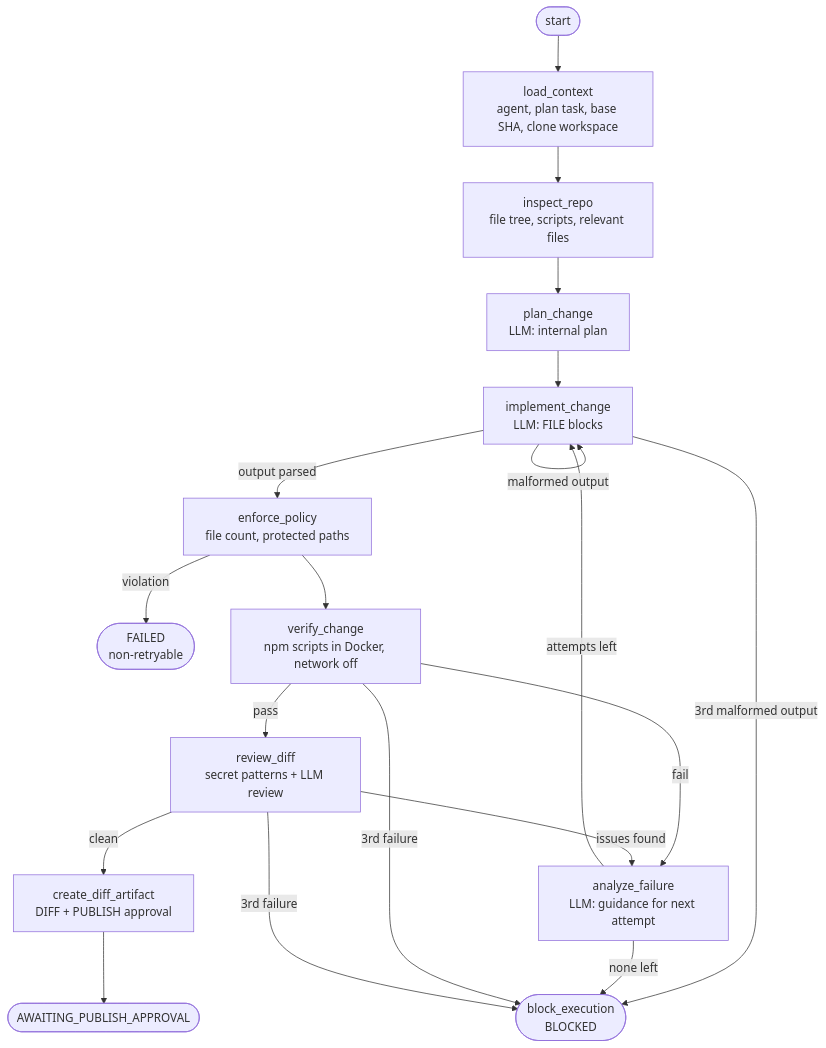
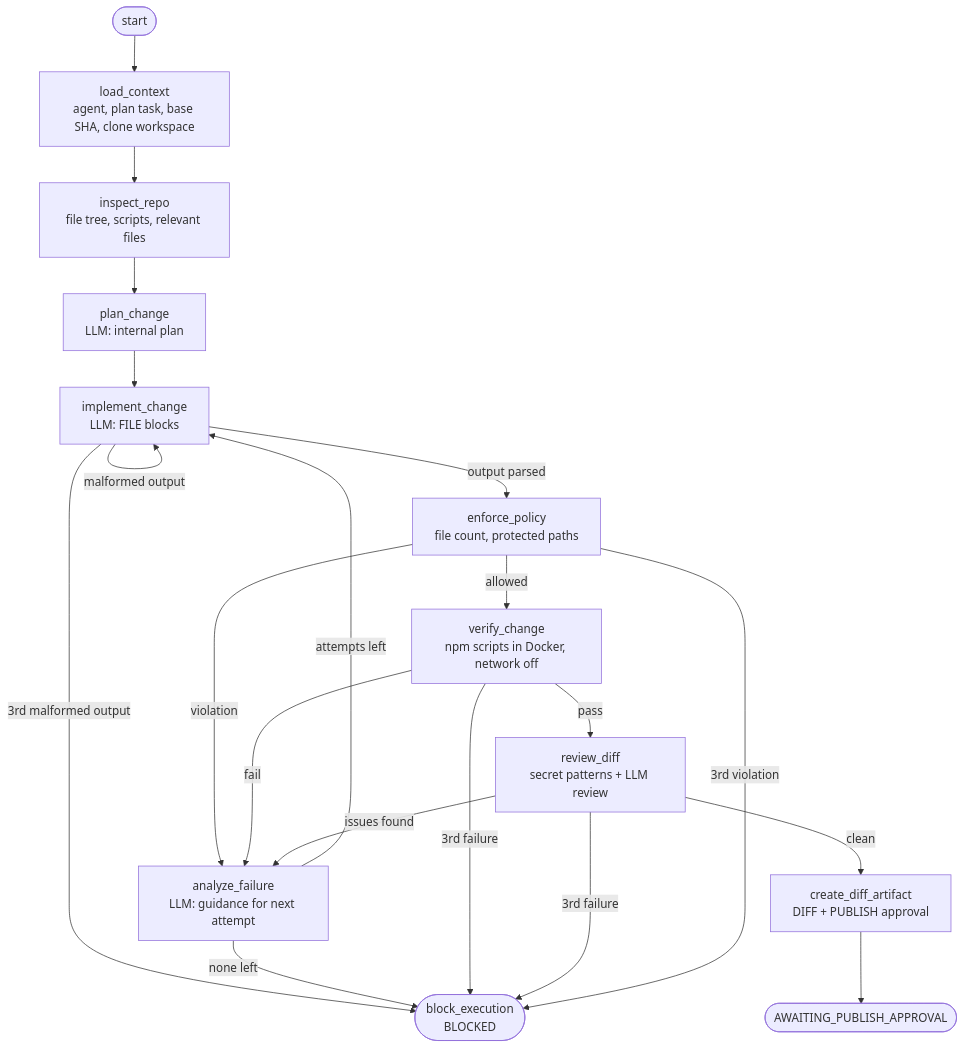
One commit to zack10/agent-orchestration-app-backend changed the fourth of 7 diagrams in README.md. Above: the diagram before and after it, drawn with Mermaid. The commit also changed other lines of this file and 8 other files, not shown here.

First line of the commit message:
fix: clean retries, retryable policy violations, dotfile filter, workspace cleanup

````diff
--- a/README.md
+++ b/README.md
@@ -202,21 +202,22 @@
 ```mermaid
 flowchart TD
     start([start]) --> load["load_context<br/>agent, plan task, base SHA, clone workspace"]
     load --> inspect["inspect_repo<br/>file tree, scripts, relevant files"]
     inspect --> plan["plan_change<br/>LLM: internal plan"]
     plan --> impl["implement_change<br/>LLM: FILE blocks"]
     impl -->|output parsed| policy["enforce_policy<br/>file count, protected paths"]
     impl -->|malformed output| impl
     impl -->|3rd malformed output| blocked
-    policy -->|violation| failed(["FAILED<br/>non-retryable"])
-    policy --> verify["verify_change<br/>npm scripts in Docker, network off"]
+    policy -->|violation| analyze
+    policy -->|allowed| verify["verify_change<br/>npm scripts in Docker, network off"]
     verify -->|pass| review["review_diff<br/>secret patterns + LLM review"]
     verify -->|fail| analyze["analyze_failure<br/>LLM: guidance for next attempt"]
     review -->|issues found| analyze
     review -->|clean| artifact["create_diff_artifact<br/>DIFF + PUBLISH approval"]
     analyze -->|attempts left| impl
     analyze -->|none left| blocked(["block_execution<br/>BLOCKED"])
     verify -->|3rd failure| blocked
     review -->|3rd failure| blocked
+    policy -->|3rd violation| blocked
     artifact --> done(["AWAITING_PUBLISH_APPROVAL"])
 ```
````
